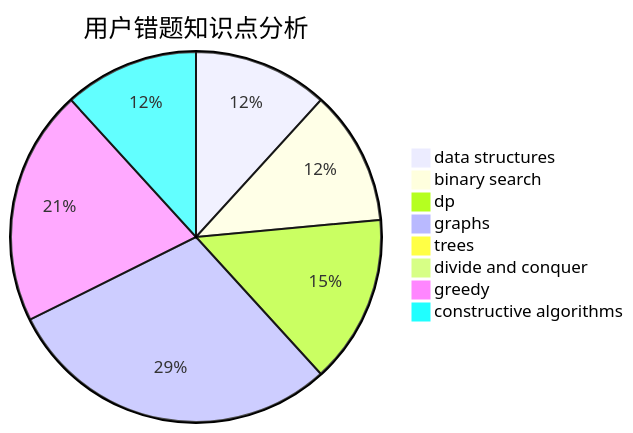
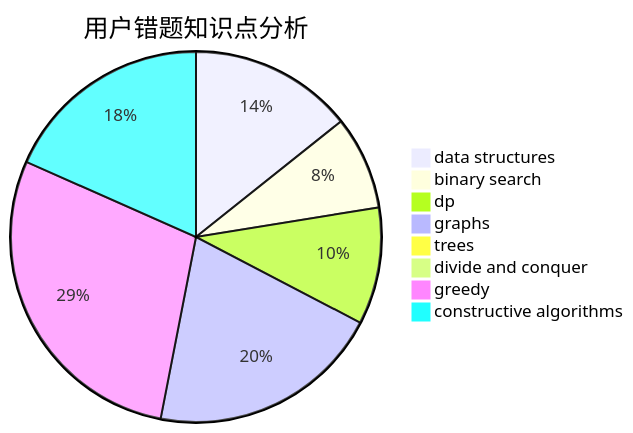
The third of 3 diagrams in docs/user/u2616.md (sherpahu/cfrs.github.io), drawn with Mermaid before and after one commit. The commit also changed other lines of this file and 2770 other files, not shown here.

````diff
--- a/docs/user/u2616.md
+++ b/docs/user/u2616.md
@@ -36,11 +36,11 @@
 ```mermaid
 pie title 用户错题知识点分析
-    "data structures" :  4
+    "data structures" :  7
     "binary search" :  4
     "dp" :  5
     "graphs" :  10
     "trees" :  0
     "divide and conquer" :  0
-    "greedy" :  7
-    "constructive algorithms" :  4
+    "greedy" :  14
+    "constructive algorithms" :  9
 ```
````
